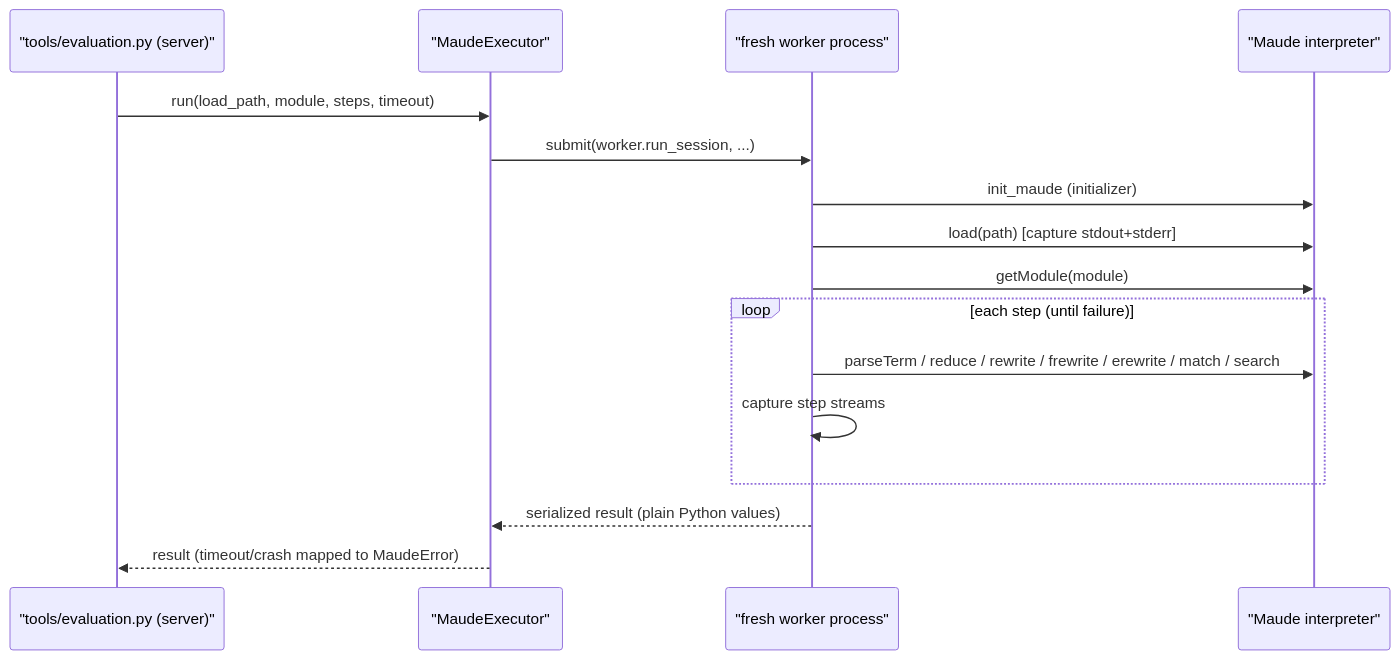
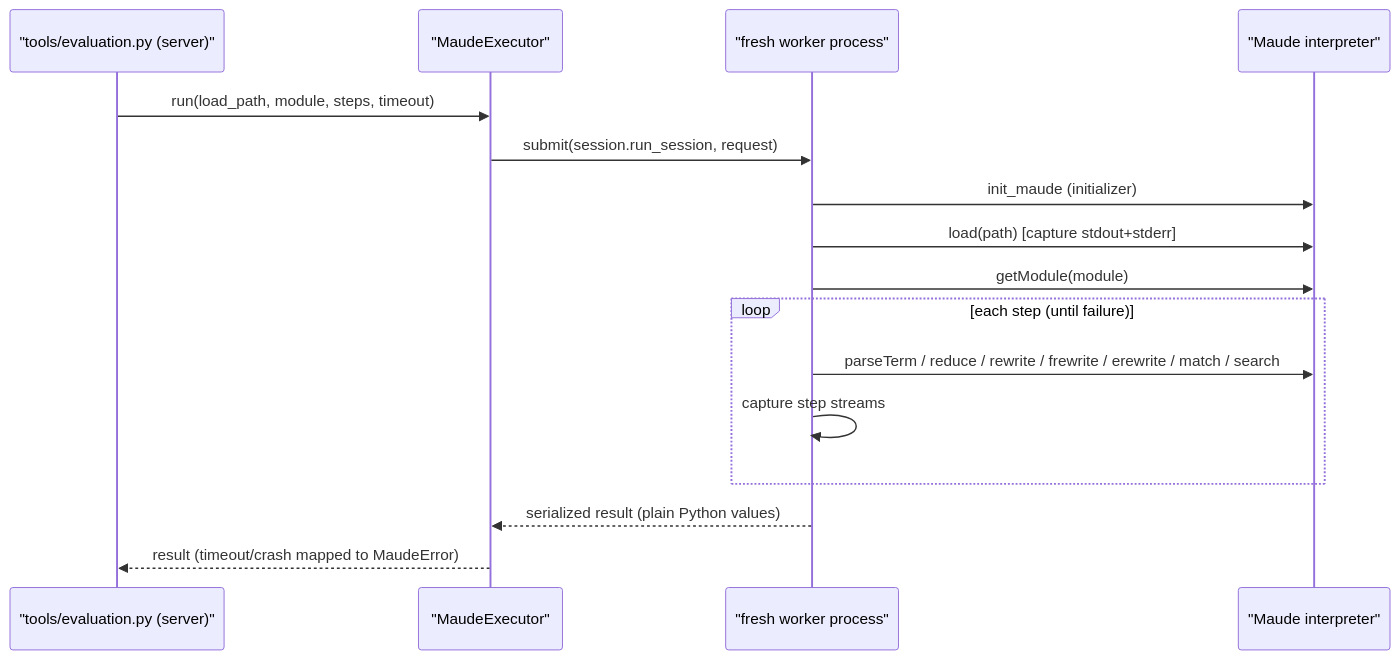
The diagram in harold-mcp/.agents/planning/port-maude_eval.py/research/worker-behavior.md (demiourgoi/Harold), drawn with Mermaid before and after one commit. The commit also changed other lines of this file and 5 other files, not shown here.

````diff
--- a/harold-mcp/.agents/planning/port-maude_eval.py/research/worker-behavior.md
+++ b/harold-mcp/.agents/planning/port-maude_eval.py/research/worker-behavior.md
@@ -96,18 +106,18 @@
 ```mermaid
 sequenceDiagram
     participant T as "tools/evaluation.py (server)"
     participant E as "MaudeExecutor"
     participant W as "fresh worker process"
     participant M as "Maude interpreter"
     T->>E: run(load_path, module, steps, timeout)
-    E->>W: submit(worker.run_session, ...)
+    E->>W: submit(session.run_session, request)
     W->>M: init_maude (initializer)
     W->>M: load(path) [capture stdout+stderr]
     W->>M: getModule(module)
     loop each step (until failure)
         W->>M: parseTerm / reduce / rewrite / frewrite / erewrite / match / search
         W->>W: capture step streams
     end
     W-->>E: serialized result (plain Python values)
     E-->>T: result (timeout/crash mapped to MaudeError)
 ```
````
